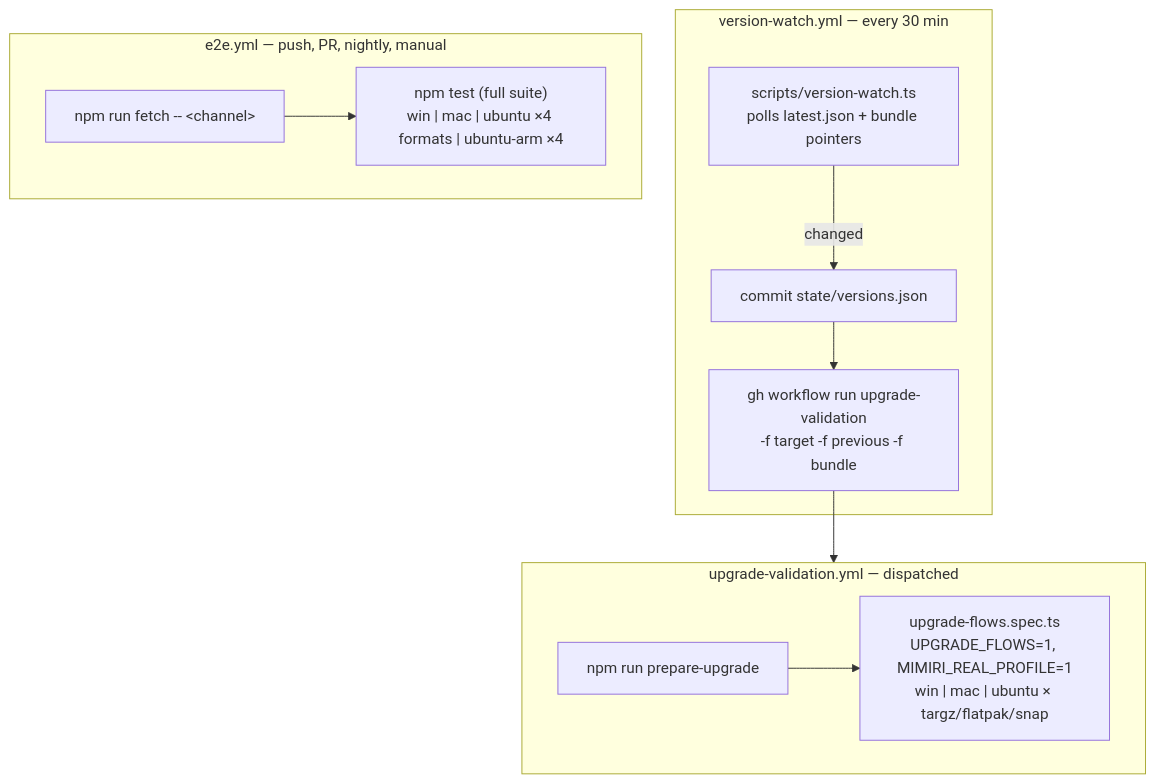
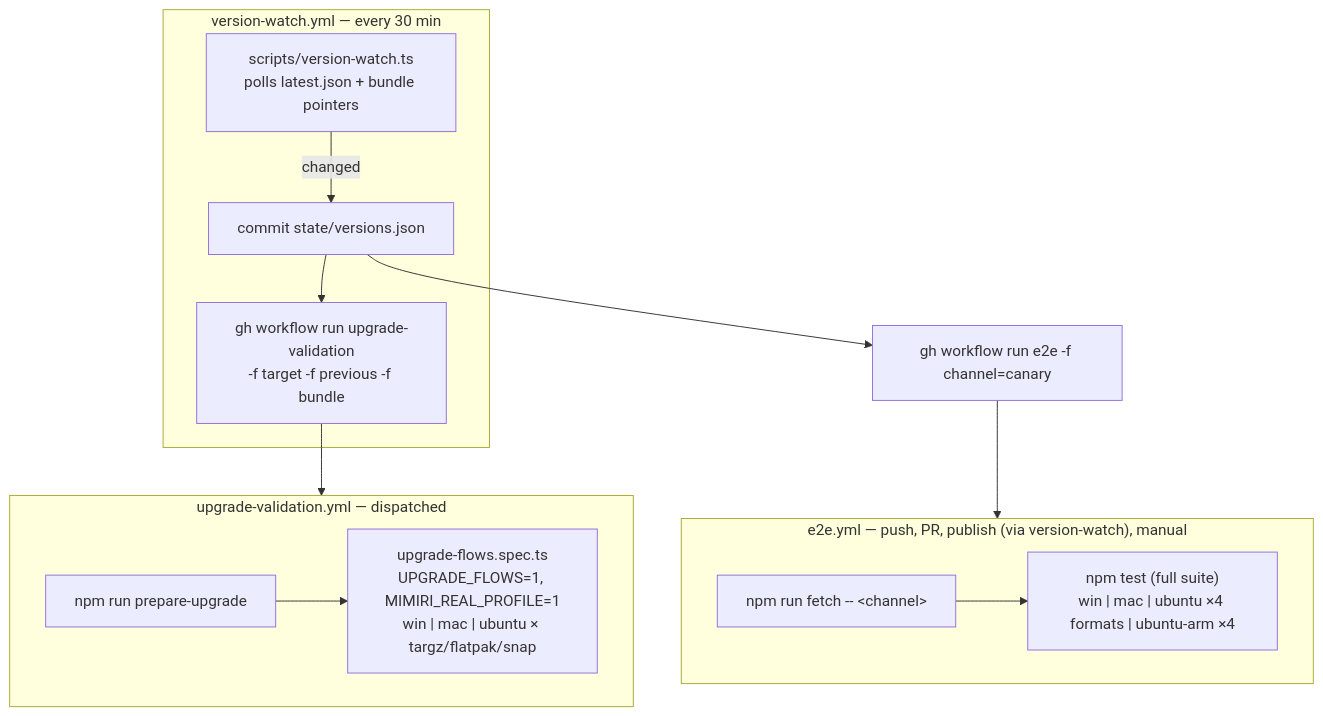
The diagram in docs/running-and-ci.md (innonova/mimiri-e2e), drawn with Mermaid before and after one commit. The commit also changed other lines of this file and 5 other files, not shown here.

First line of the commit message:
Retire the nightly; run the full suite on publishes instead

````diff
--- a/docs/running-and-ci.md
+++ b/docs/running-and-ci.md
@@ -61,20 +61,22 @@
 ```mermaid
 flowchart TD
     subgraph vw["version-watch.yml — every 30 min"]
         W["scripts/version-watch.ts<br/>polls latest.json + bundle pointers"]
         W -->|changed| C["commit state/versions.json"]
         C --> D["gh workflow run upgrade-validation<br/>-f target -f previous -f bundle"]
     end
 
     subgraph uv["upgrade-validation.yml — dispatched"]
         P["npm run prepare-upgrade"]
         P --> U["upgrade-flows.spec.ts<br/>UPGRADE_FLOWS=1, MIMIRI_REAL_PROFILE=1<br/>win | mac | ubuntu × targz/flatpak/snap"]
     end
 
-    subgraph e2e["e2e.yml — push, PR, nightly, manual"]
+    subgraph e2e["e2e.yml — push, PR, publish (via version-watch), manual"]
         F["npm run fetch -- &lt;channel&gt;"]
         F --> T["npm test (full suite)<br/>win | mac | ubuntu ×4 formats | ubuntu-arm ×4"]
     end
 
     D --> uv
+    C --> E["gh workflow run e2e -f channel=canary"]
+    E --> e2e
 ```
````
